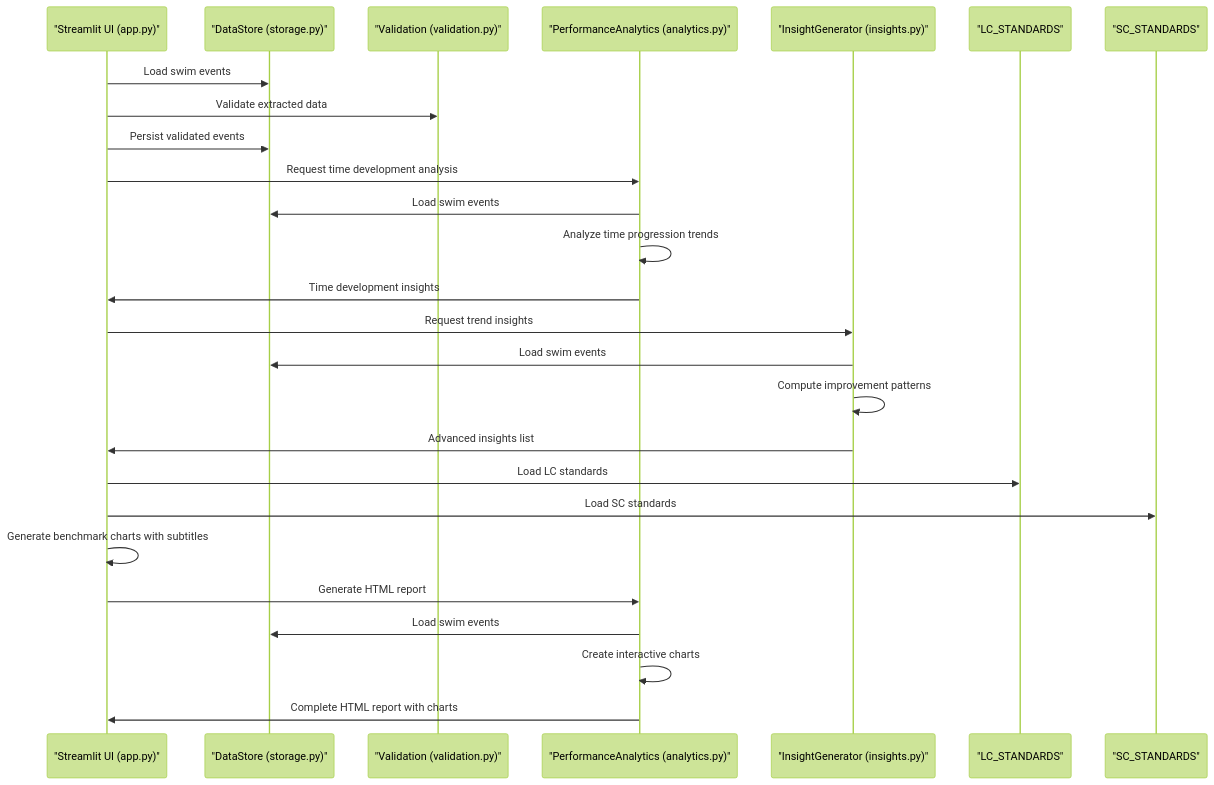
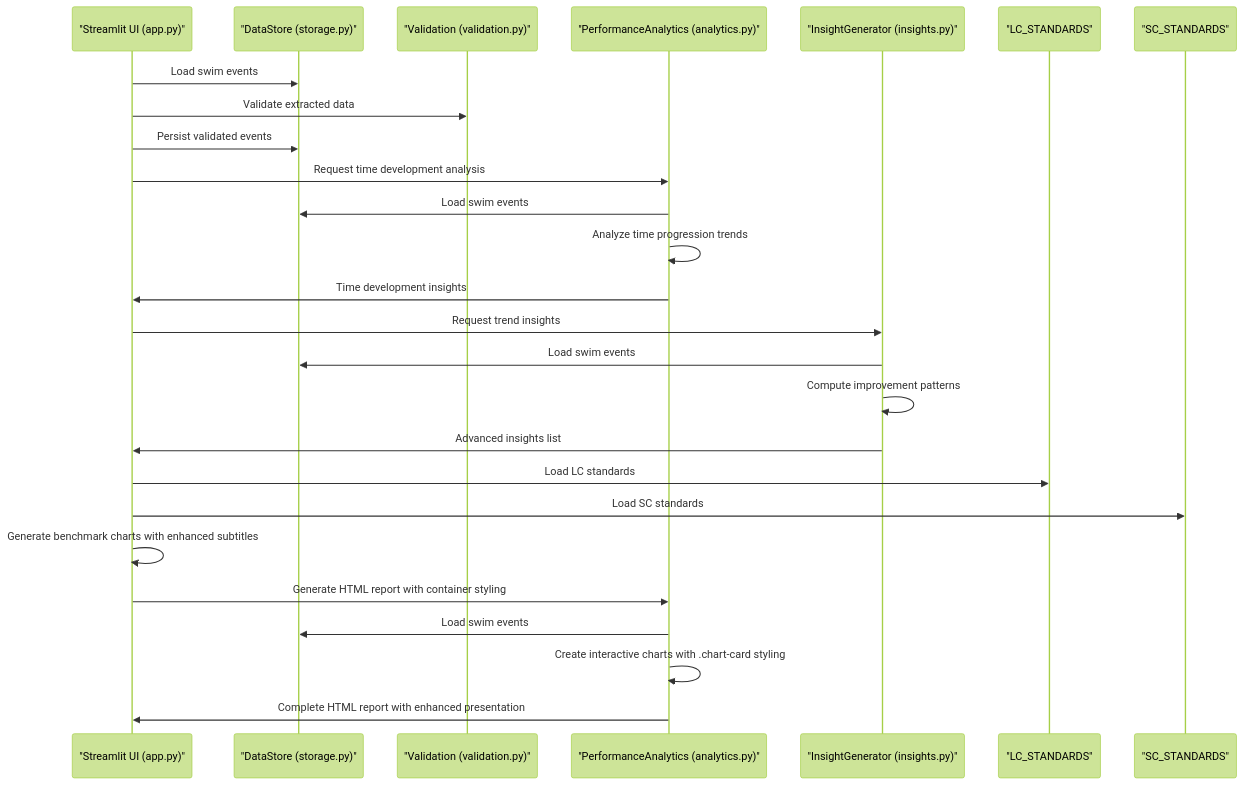
The second of 7 diagrams in .qoder/repowiki/en/content/Feature Modules/Analytics Engine.md (Johnny22056/SwimingStatus), drawn with Mermaid (forest theme) before and after one commit. The commit also changed other lines of this file and 4 other files, not shown here.

````diff
--- a/.qoder/repowiki/en/content/Feature Modules/Analytics Engine.md
+++ b/.qoder/repowiki/en/content/Feature Modules/Analytics Engine.md
@@ -105,28 +105,28 @@
 ```mermaid
 sequenceDiagram
 participant UI as "Streamlit UI (app.py)"
 participant Store as "DataStore (storage.py)"
 participant Val as "Validation (validation.py)"
 participant PA as "PerformanceAnalytics (analytics.py)"
 participant IG as "InsightGenerator (insights.py)"
 participant LC as "LC_STANDARDS"
 participant SC as "SC_STANDARDS"
 UI->>Store : Load swim events
 UI->>Val : Validate extracted data
 UI->>Store : Persist validated events
 UI->>PA : Request time development analysis
 PA->>Store : Load swim events
 PA->>PA : Analyze time progression trends
 PA->>UI : Time development insights
 UI->>IG : Request trend insights
 IG->>Store : Load swim events
 IG->>IG : Compute improvement patterns
 IG->>UI : Advanced insights list
 UI->>LC : Load LC standards
 UI->>SC : Load SC standards
-UI->>UI : Generate benchmark charts with subtitles
-UI->>PA : Generate HTML report
+UI->>UI : Generate benchmark charts with enhanced subtitles
+UI->>PA : Generate HTML report with container styling
 PA->>Store : Load swim events
-PA->>PA : Create interactive charts
-PA->>UI : Complete HTML report with charts
+PA->>PA : Create interactive charts with .chart-card styling
+PA->>UI : Complete HTML report with enhanced presentation
 ```
````
